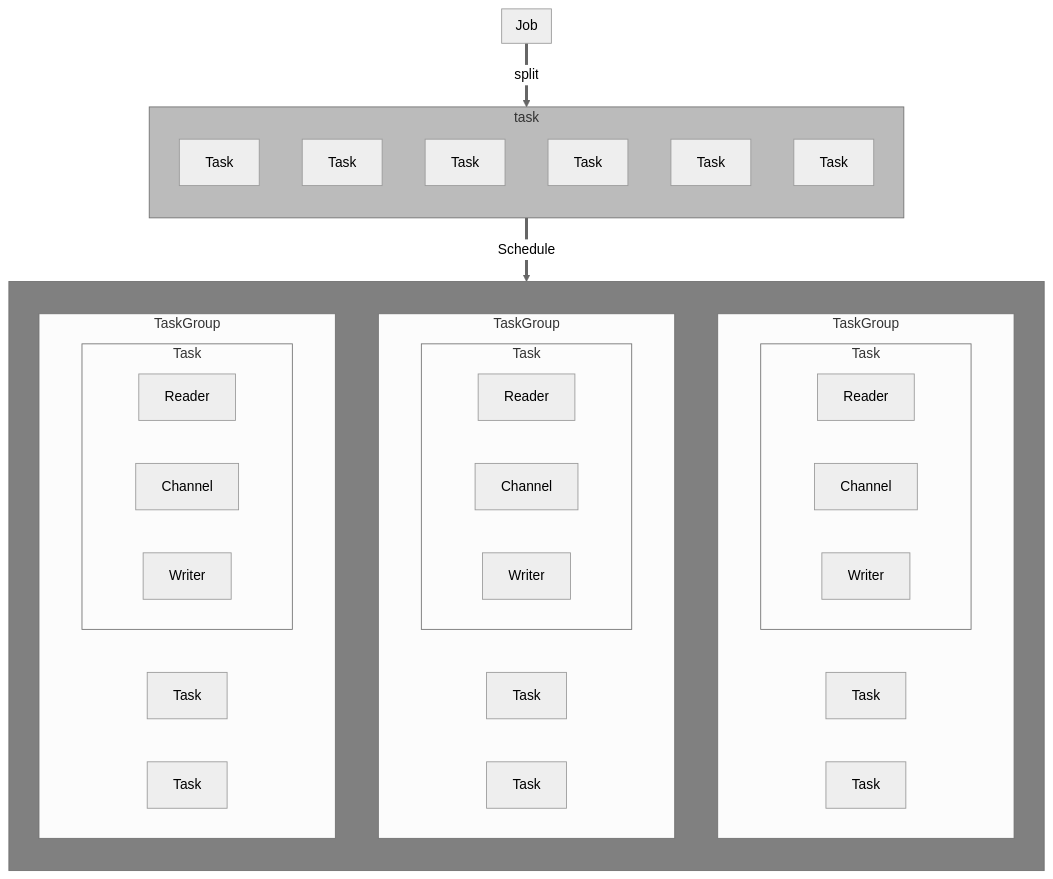
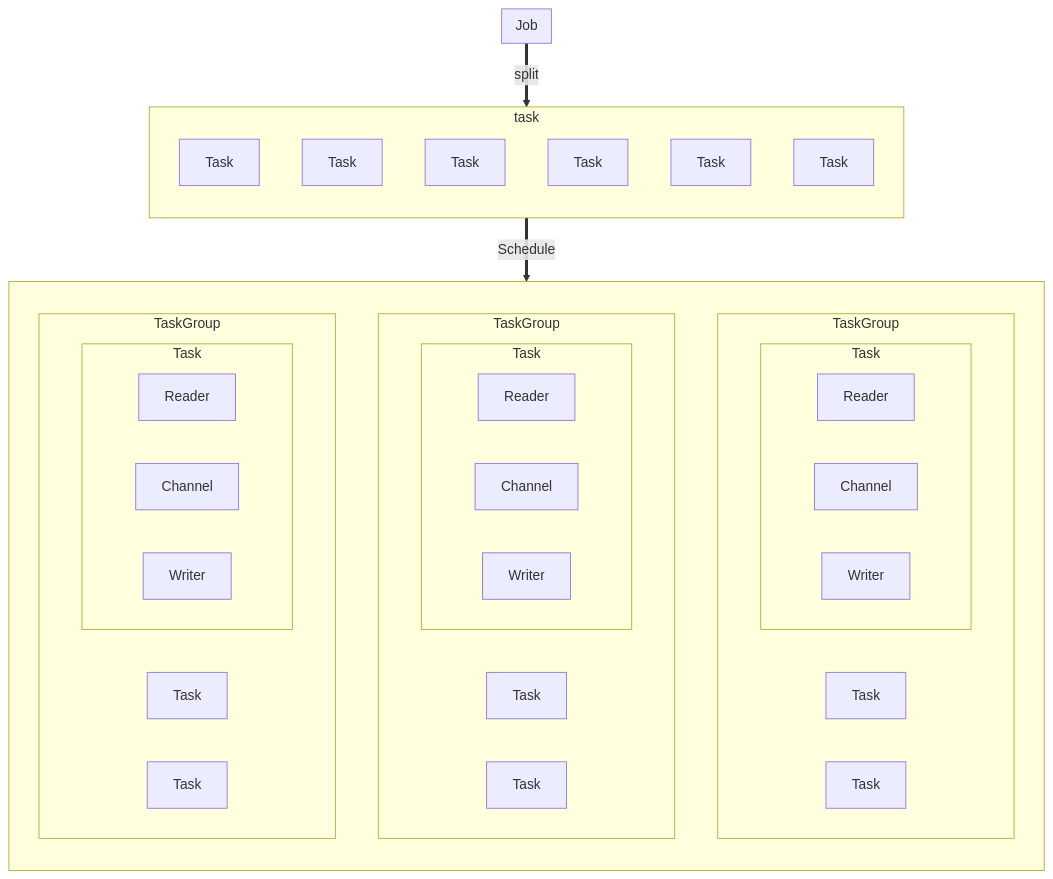
Before and after one commit to wgzhao/Addax: the second of 2 diagrams in docs/index.md, drawn with Mermaid. The commit also changed other lines of this file and 1 other file, not shown here.

Commit message:
remove custom mermaid theme

````diff
--- a/docs/index.md
+++ b/docs/index.md
@@ -46,56 +44,51 @@
 ```mermaid
-%%{init: {"theme": "neutral"}}%%
 graph TB
 subgraph Job
 end
 subgraph task
   direction TB
   t1["Task"]
   t2["Task"]
   t3["Task"]
   t4["Task"]
   t5["Task"]
   t6["Task"]
 end
 subgraph taskgroup[" "]
 	direction TB
   subgraph tg1["TaskGroup"]
     subgraph tg1_Task["Task"]
       tg1_r["Reader"]
       tg1_c["Channel"]
       tg1_w["Writer"]
     end
     t7["Task"]
     t8["Task"]
   end
 
   subgraph tg2["TaskGroup"]
     subgraph tg2_Task["Task"]
       direction LR
       tg2_r["Reader"]
       tg2_c["Channel"]
       tg2_w["Writer"]
     end
     t9["Task"]
     t10["Task"]
   end
 
   subgraph tg3["TaskGroup"]
     direction LR
     subgraph tg3_Task["Task"]
       tg3_r["Reader"]
       tg3_c["Channel"]
       tg3_w["Writer"]
     end
     t11["Task"]
     t12["Task"]
   end
 end
 
 Job == split ==> task
 task == Schedule ==> taskgroup
-
-style taskgroup fill:gray
-style task fill:#bbb
-
 ```
````
